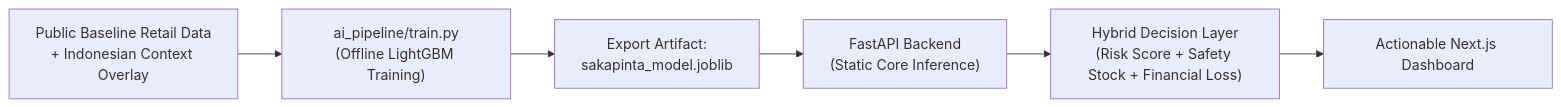
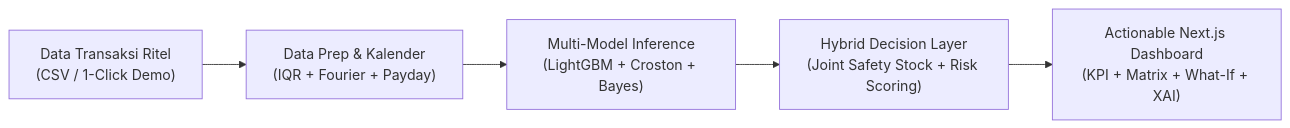
The diagram in README.md (HusniAbdillah/Sakapinta), drawn with Mermaid before and after one commit. The commit also changed other lines of this file and 8 other files, not shown here.

````diff
--- a/README.md
+++ b/README.md
@@ -12,8 +53,7 @@
 ```mermaid
 flowchart LR
-    A["Public Baseline Retail Data\n+ Indonesian Context Overlay"] --> B["ai_pipeline/train.py\n(Offline LightGBM Training)"]
-    B --> C["Export Artifact:\nsakapinta_model.joblib"]
-    C --> D["FastAPI Backend\n(Static Core Inference)"]
-    D --> E["Hybrid Decision Layer\n(Risk Score + Safety Stock + Financial Loss)"]
-    E --> F["Actionable Next.js Dashboard"]
+    A["Data Transaksi Ritel\n(CSV / 1-Click Demo)"] --> B["Data Prep & Kalender\n(IQR + Fourier + Payday)"]
+    B --> C["Multi-Model Inference\n(LightGBM + Croston + Bayes)"]
+    C --> D["Hybrid Decision Layer\n(Joint Safety Stock + Risk Scoring)"]
+    D --> E["Actionable Next.js Dashboard\n(KPI + Matrix + What-If + XAI)"]
 ```
````
